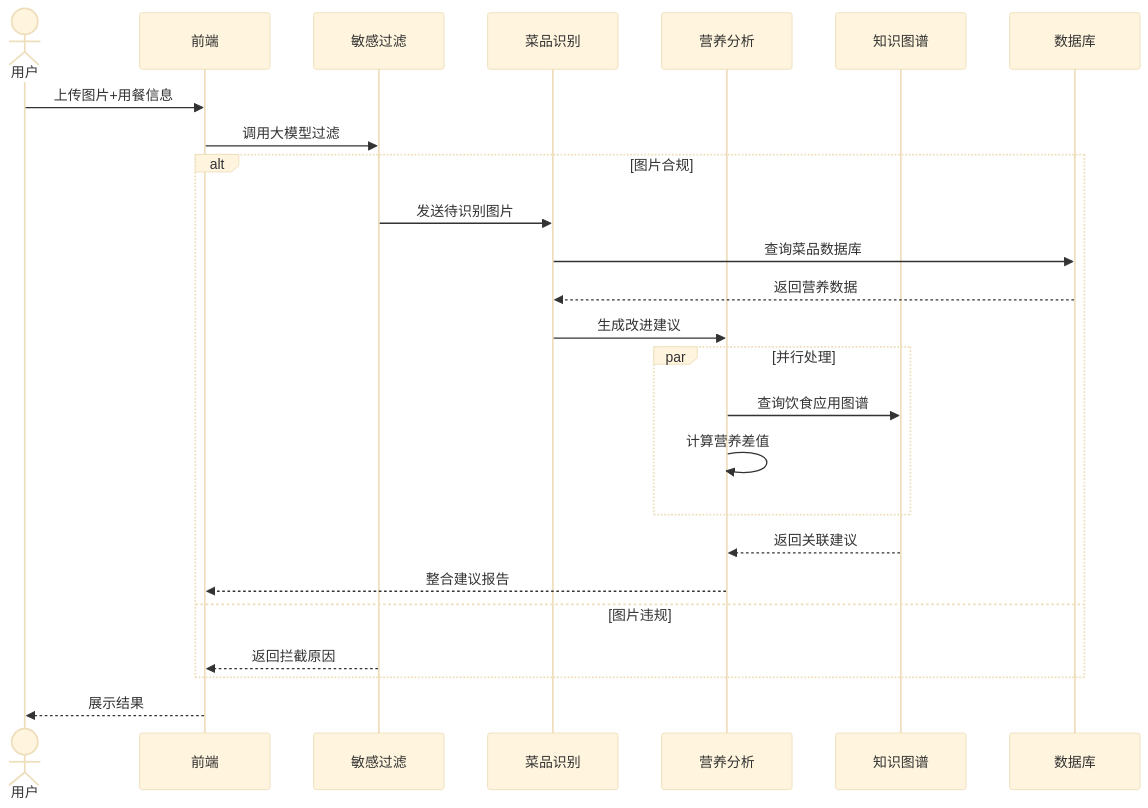
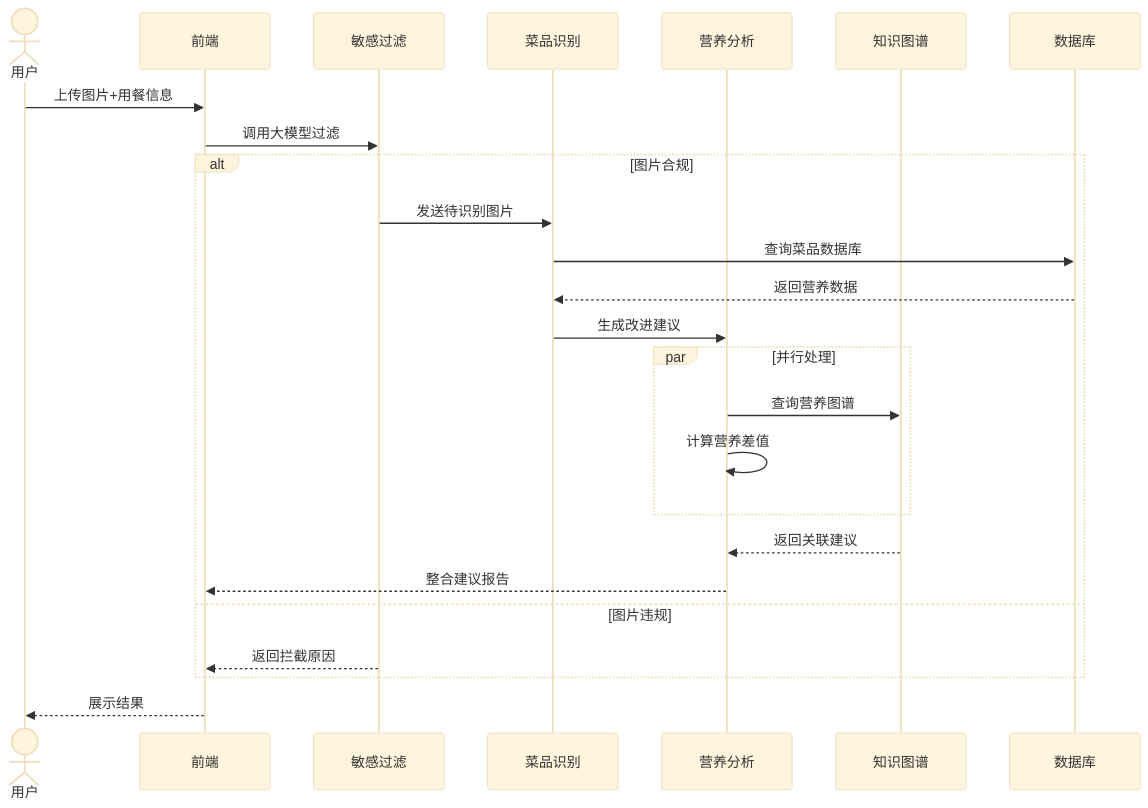
Before and after one commit to funnyData/iodraw-files: the diagram in all/未命名-1.md, drawn with Mermaid (base theme).

Commit message:
2025-03-19 16:37:34 update

````diff
--- a/all/未命名-1.md
+++ b/all/未命名-1.md
@@ -1,29 +1,29 @@
 ```mermaid
 %% 数据流图（基于网页1/2/5的时序图语法优化）
 sequenceDiagram
     actor User as 用户
     participant FE as 前端
     participant SF as 敏感过滤
     participant DR as 菜品识别
     participant NA as 营养分析
     participant KG as 知识图谱
     participant DB as 数据库
 
     User->>FE: 上传图片+用餐信息
     FE->>SF: 调用大模型过滤
     alt 图片合规
         SF->>DR: 发送待识别图片
         DR->>DB: 查询菜品数据库
         DB-->>DR: 返回营养数据
         DR->>NA: 生成改进建议
         par 并行处理
-            NA->>KG: 查询饮食应用图谱
+            NA->>KG: 查询营养图谱
             NA->>NA: 计算营养差值
         end
         KG-->>NA: 返回关联建议
         NA-->>FE: 整合建议报告
     else 图片违规
         SF-->>FE: 返回拦截原因
     end
     FE-->>User: 展示结果
 ```
````
